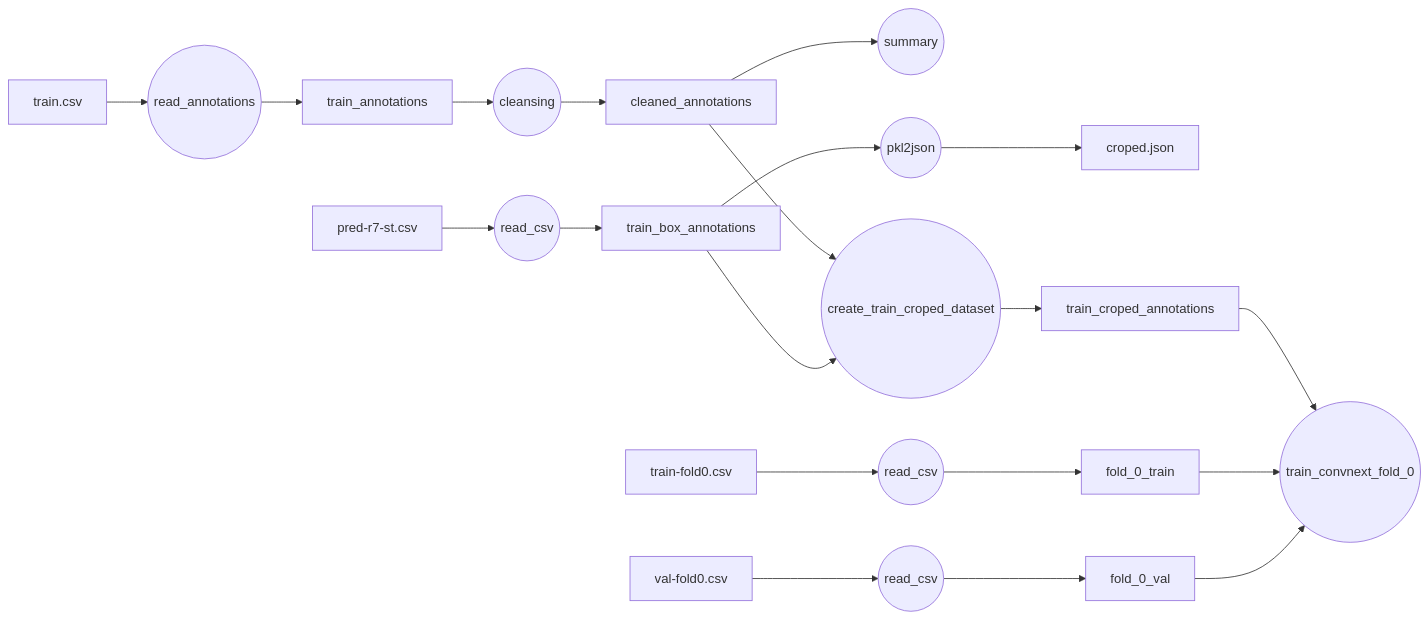
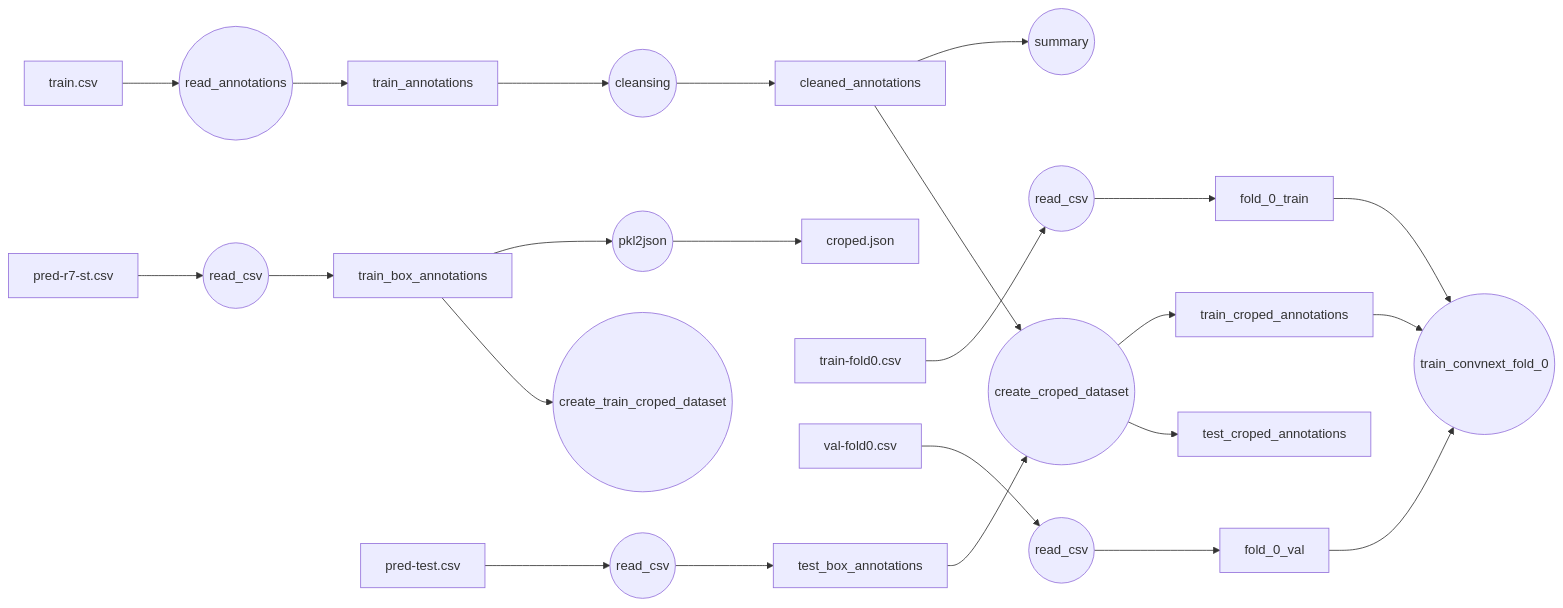
The diagram in hwad_bench/README.md (h4nyu/vision-tools), drawn with Mermaid before and after one commit. The commit also changed 1 other file, not shown here.

Commit message:
add test flow

````diff
--- a/hwad_bench/README.md
+++ b/hwad_bench/README.md
@@ -1,18 +1,16 @@
 ```mermaid
 flowchart LR
 train.csv --> read_annotations((read_annotations))
 read_annotations --> train_annotations
 train_annotations --> cleansing((cleansing)) --> cleaned_annotations --> summary((summary))
 pred-r7-st.csv --> read_csv((read_csv)) --> train_box_annotations --> pkl2json((pkl2json)) --> croped.json
-cleaned_annotations --> create_train_croped_dataset((create_train_croped_dataset)) --> train_croped_annotations
-train_box_annotations --> create_train_croped_dataset((create_train_croped_dataset)) 
+cleaned_annotations --> create_croped_dataset0((create_croped_dataset)) --> train_croped_annotations
+train_box_annotations --> create_train_croped_dataset((create_train_croped_dataset))
 train-fold0.csv --> read_csv0((read_csv)) --> fold_0_train
 val-fold0.csv --> read_csv1((read_csv)) --> fold_0_val
 train_croped_annotations --> train0((train_convnext_fold_0))
 fold_0_train --> train0
 fold_0_val --> train0
-
-
-
-
+pred-test.csv --> read_csv2((read_csv)) --> test_box_annotations
+test_box_annotations --> create_croped_dataset0((create_croped_dataset)) --> test_croped_annotations
 ```
````
